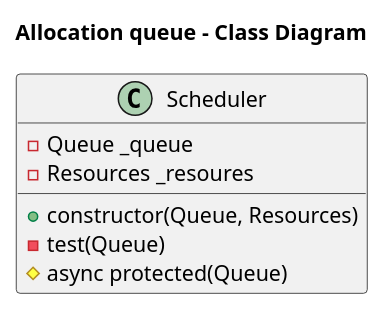
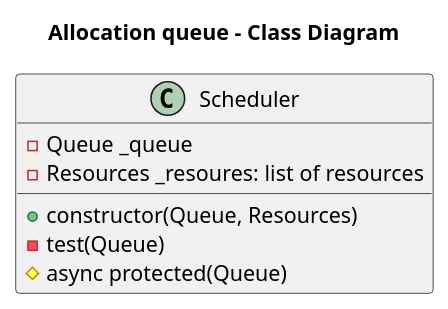
Before and after one commit to jupe/puml2code: the diagram in examples/sample.puml, drawn with PlantUML. The commit also changed 3 other files, not shown here.

```diff
--- a/examples/sample.puml
+++ b/examples/sample.puml
@@ -1,11 +1,11 @@
 @startuml
 title Allocation queue - Class Diagram
 
 class Scheduler {
     +constructor(Queue, Resources)
     -test(Queue)
     #async protected(Queue)
     -Queue _queue
-    -Resources _resoures
+    -Resources _resoures: list of resources
 }
 @enduml
```
